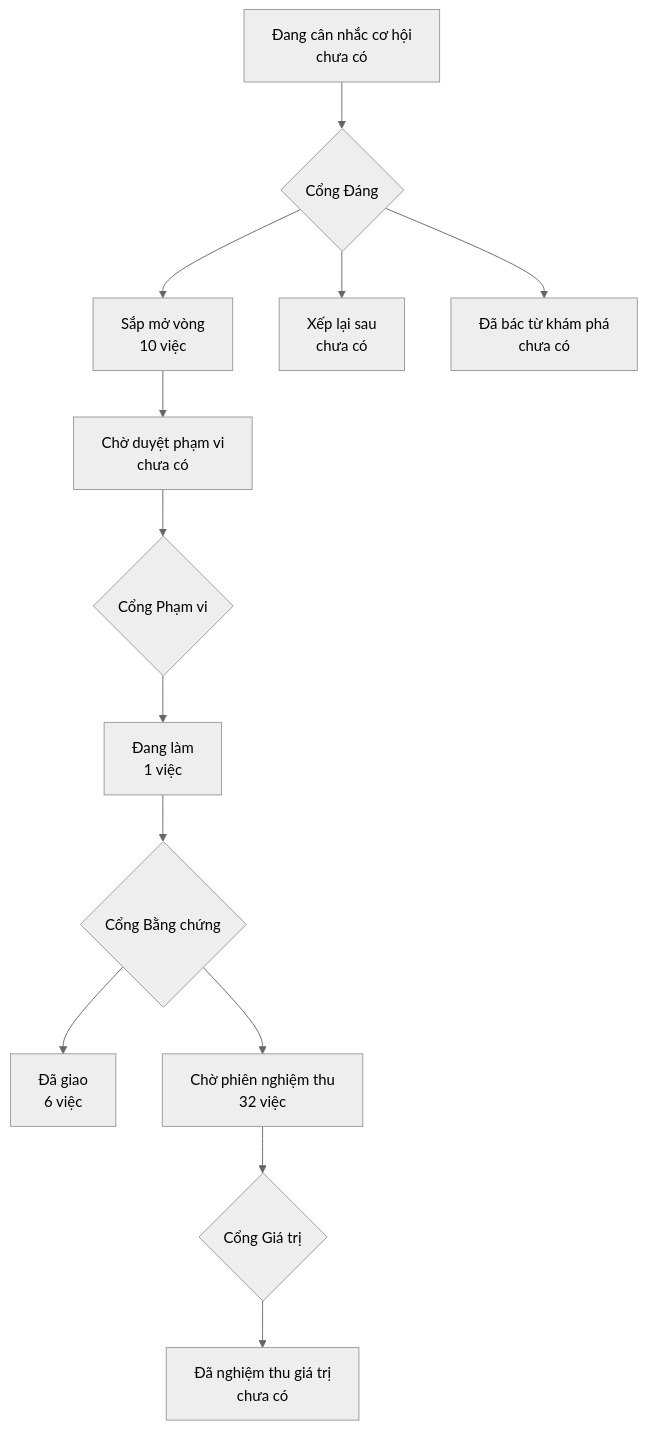
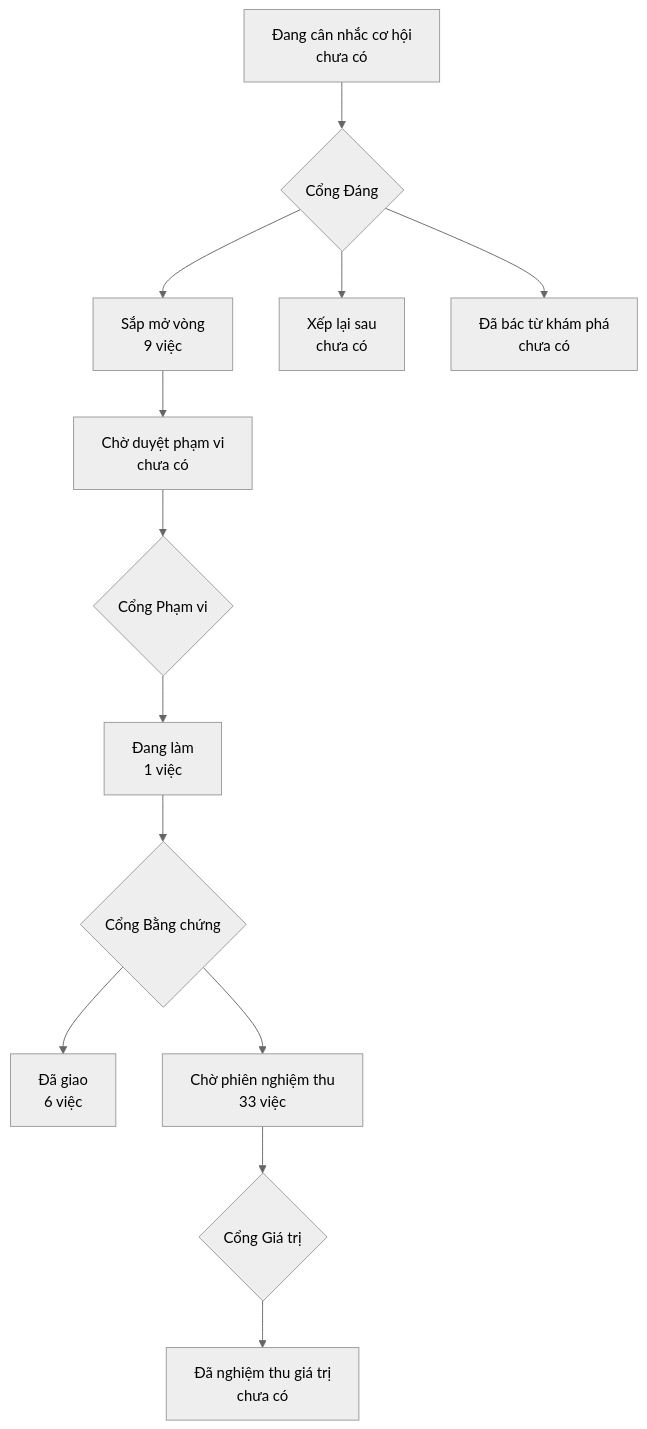
The diagram in PRODUCT-MAP.md (phanlemanh/onehub-quy-hang), drawn with Mermaid (neutral theme) before and after one commit. The commit also changed other lines of this file and 1 other file, not shown here.

Commit message:
chore: vẽ lại bản đồ sau khi gộp main

````diff
--- a/PRODUCT-MAP.md
+++ b/PRODUCT-MAP.md
@@ -7,12 +7,12 @@
 ```mermaid
 flowchart TD
   A["Đang cân nhắc cơ hội<br/>chưa có"] --> GD{"Cổng Đáng"}
-  GD --> B["Sắp mở vòng<br/>10 việc"]
+  GD --> B["Sắp mở vòng<br/>9 việc"]
   GD --> XL["Xếp lại sau<br/>chưa có"]
   GD --> DB["Đã bác từ khám phá<br/>chưa có"]
   B --> CD["Chờ duyệt phạm vi<br/>chưa có"] --> GP{"Cổng Phạm vi"}
   GP --> DL["Đang làm<br/>1 việc"] --> GB{"Cổng Bằng chứng"}
   GB --> DG["Đã giao<br/>6 việc"]
-  GB --> CN["Chờ phiên nghiệm thu<br/>32 việc"] --> GG{"Cổng Giá trị"}
+  GB --> CN["Chờ phiên nghiệm thu<br/>33 việc"] --> GG{"Cổng Giá trị"}
   GG --> NT["Đã nghiệm thu giá trị<br/>chưa có"]
 ```
````
